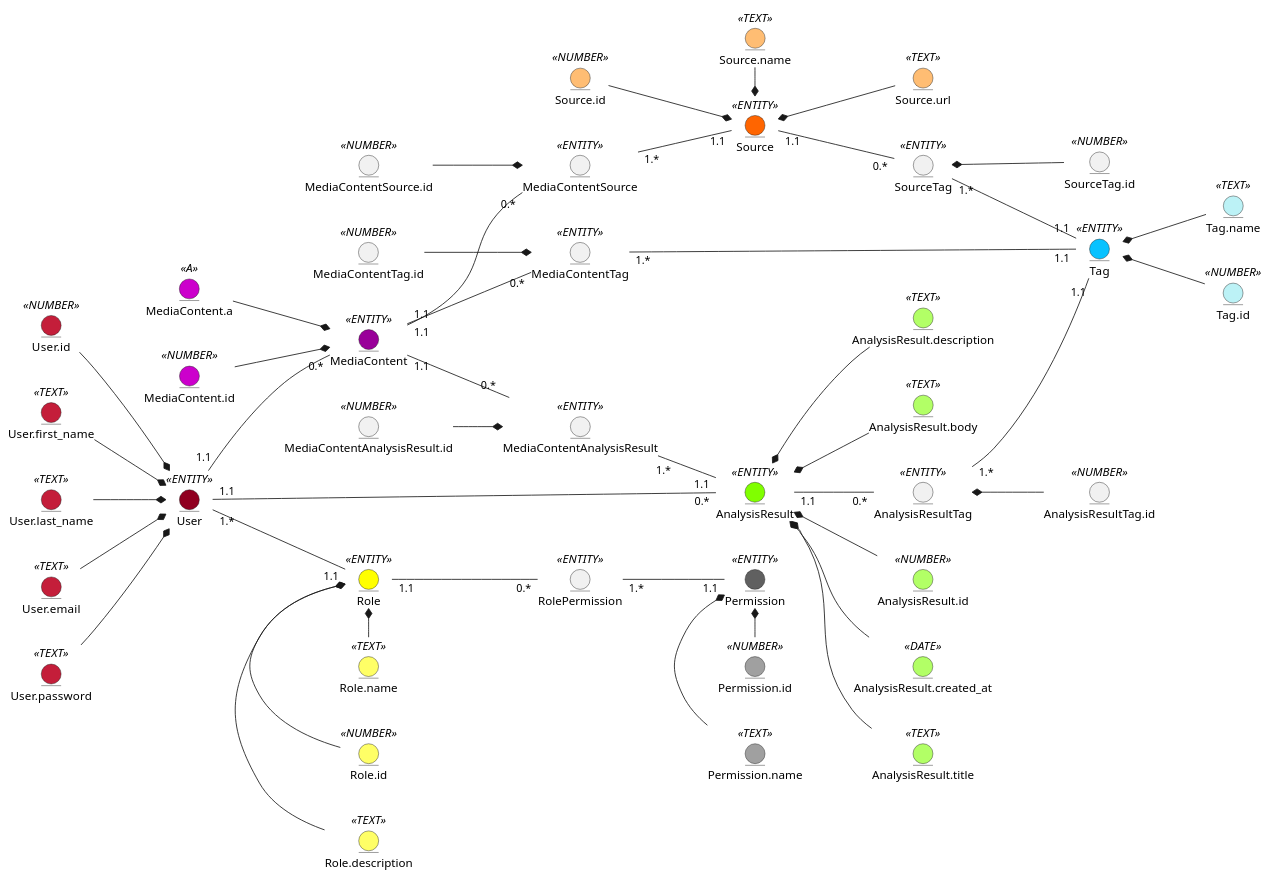
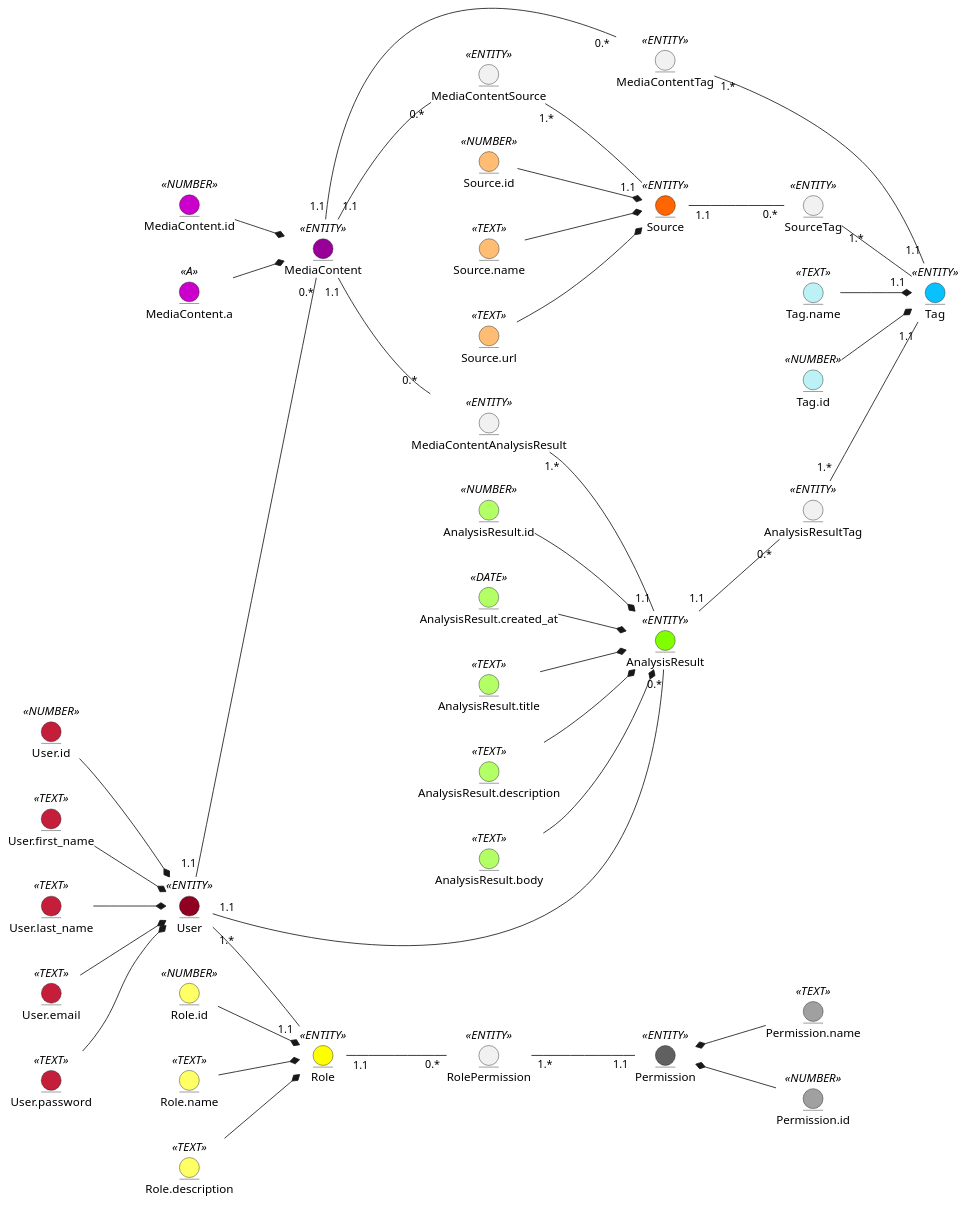
The diagram in docs/design/README.md (semenyaka08/media-content-api), drawn with PlantUML before and after one commit.

Commit message:
Delete id for intermediate entities

```diff
--- a/docs/design/README.md
+++ b/docs/design/README.md
@@ -14,19 +14,19 @@
 entity User.email <<TEXT>> #C41E3A
 entity User.password <<TEXT>> #C41E3A
 
-User.id -d-* User
-User.first_name -d-* User
-User.last_name -d-* User
-User.email -d-* User
-User.password -d-* User
+User.id --* User
+User.first_name --* User
+User.last_name --* User
+User.email --* User
+User.password --* User
 
 
 entity MediaContent <<ENTITY>> #990099
 entity MediaContent.id <<NUMBER>> #CC00CC
 entity MediaContent.a <<A>> #CC00CC
 
-MediaContent.id -d-* MediaContent
-MediaContent.a -d-* MediaContent
+MediaContent.id --* MediaContent
+MediaContent.a --* MediaContent
 
 
 entity Role <<ENTITY>> #FFFF00
@@ -34,18 +34,17 @@
 entity Role.name <<TEXT>> #FFFF66
 entity Role.description <<TEXT>> #FFFF66
 
+Role.id --* Role
+Role.name --* Role
+Role.description --* Role
 
-Role.id -l-* Role
-Role.name -l-* Role
-Role.description -l-* Role
 
 entity Permission <<ENTITY>> #606060
 entity Permission.id <<NUMBER>> #A0A0A0
 entity Permission.name <<TEXT>> #A0A0A0
 
-
-Permission.id -l-* Permission
-Permission.name -l-* Permission
+Permission.id -u-* Permission
+Permission.name -u-* Permission
 
 
 entity Source <<ENTITY>> #FF6500
@@ -54,8 +53,8 @@
 entity Source.url <<TEXT>> #FFBD73
 
 Source.id --* Source 
-Source.name -r-* Source 
-Source.url -u-* Source
+Source.name --* Source 
+Source.url --* Source
 
 
 entity AnalysisResult <<ENTITY>> #80FF00
@@ -65,62 +64,39 @@
 entity AnalysisResult.description <<TEXT>> #B2FF66
 entity AnalysisResult.body <<TEXT>> #B2FF66
 
-AnalysisResult.id -u-* AnalysisResult
-AnalysisResult.created_at -u-* AnalysisResult
-AnalysisResult.title -u-* AnalysisResult
-AnalysisResult.description -u-* AnalysisResult
-AnalysisResult.body -u-* AnalysisResult
+AnalysisResult.id --* AnalysisResult
+AnalysisResult.created_at --* AnalysisResult
+AnalysisResult.title --* AnalysisResult
+AnalysisResult.description --* AnalysisResult
+AnalysisResult.body --* AnalysisResult
 
 
 entity Tag <<ENTITY>> #08C2FF 
 entity Tag.name <<TEXT>> #BCF2F6 
 entity Tag.id <<NUMBER>> #BCF2F6
 
-Tag.id -u-* Tag 
-Tag.name -u-* Tag
+Tag.id --* Tag 
+Tag.name --* Tag
 
 
 entity RolePermission <<ENTITY>>
 
-
 entity MediaContentSource <<ENTITY>>
-entity MediaContentSource.id <<NUMBER>>
-
-MediaContentSource.id --* MediaContentSource
-
 
 entity MediaContentAnalysisResult <<ENTITY>>
-entity MediaContentAnalysisResult.id <<NUMBER>>
-
-MediaContentAnalysisResult.id --* MediaContentAnalysisResult
-
 
 entity MediaContentTag <<ENTITY>>
-entity MediaContentTag.id <<NUMBER>>
-
-MediaContentTag.id --* MediaContentTag
-
 
 entity AnalysisResultTag <<ENTITY>>
-entity AnalysisResultTag.id <<NUMBER>>
-
-AnalysisResultTag.id -u-* AnalysisResultTag
-
 
 entity SourceTag <<ENTITY>>
-entity SourceTag.id <<NUMBER>>
-
-SourceTag.id -u-* SourceTag
 
 
 User "1.1" -- "0.*" MediaContent
 User "1.1" -- "0.*" AnalysisResult
-
 User "1.*" -- "1.1" Role
 
-
 Role "1.1" -- "0.*" RolePermission
-
 RolePermission "1.*" -- "1.1" Permission
 
 MediaContent "1.1" -- "0.*" MediaContentSource
```
